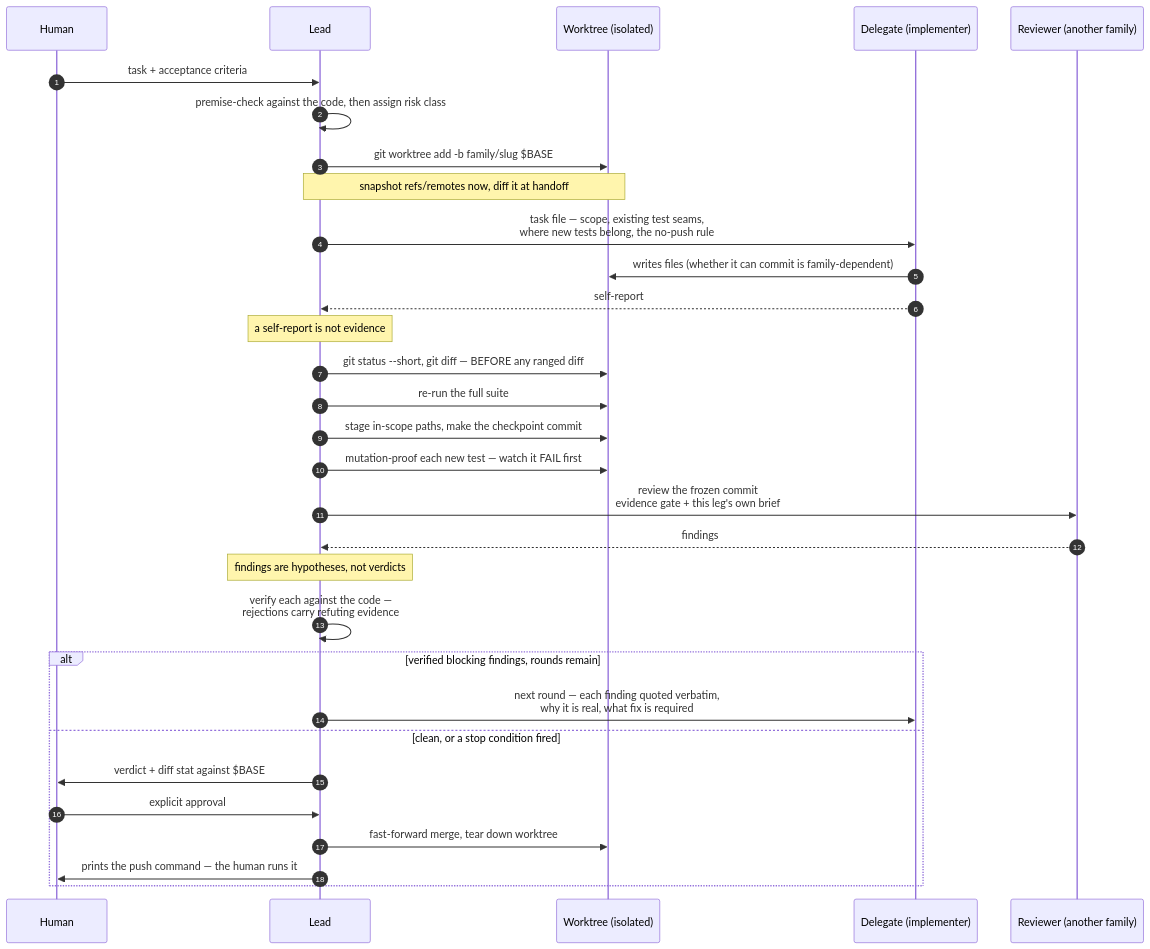
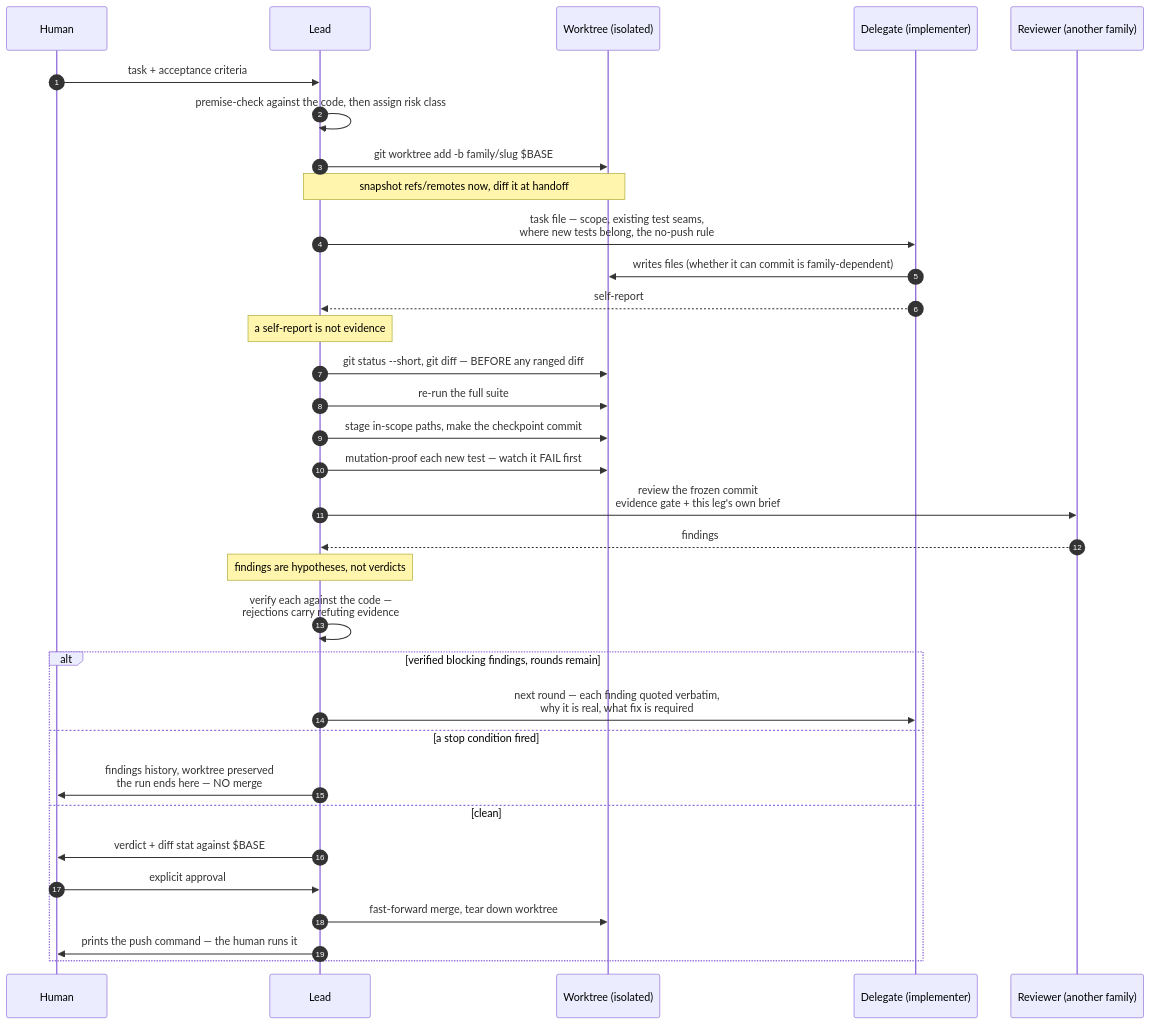
Before and after one commit to aarontzeng/dev-lead: the second of 2 diagrams in docs/workflow.md, drawn with Mermaid. The commit also changed other lines of this file and 1 other file, not shown here.

First line of the commit message:
Fix five findings from a cross-family (codex) review of workflow.md

````diff
--- a/docs/workflow.md
+++ b/docs/workflow.md
@@ -56,34 +58,36 @@
 ```mermaid
 sequenceDiagram
     autonumber
     participant U as Human
     participant L as Lead
     participant W as Worktree (isolated)
     participant D as Delegate (implementer)
     participant R as Reviewer (another family)
 
     U->>L: task + acceptance criteria
     L->>L: premise-check against the code, then assign risk class
     L->>W: git worktree add -b family/slug $BASE
     Note over L,W: snapshot refs/remotes now, diff it at handoff
     L->>D: task file — scope, existing test seams,<br/>where new tests belong, the no-push rule
     D->>W: writes files (whether it can commit is family-dependent)
     D-->>L: self-report
     Note over L: a self-report is not evidence
     L->>W: git status --short, git diff — BEFORE any ranged diff
     L->>W: re-run the full suite
     L->>W: stage in-scope paths, make the checkpoint commit
     L->>W: mutation-proof each new test — watch it FAIL first
     L->>R: review the frozen commit<br/>evidence gate + this leg's own brief
     R-->>L: findings
     Note over L: findings are hypotheses, not verdicts
     L->>L: verify each against the code —<br/>rejections carry refuting evidence
     alt verified blocking findings, rounds remain
         L->>D: next round — each finding quoted verbatim,<br/>why it is real, what fix is required
-    else clean, or a stop condition fired
+    else a stop condition fired
+        L->>U: findings history, worktree preserved<br/>the run ends here — NO merge
+    else clean
         L->>U: verdict + diff stat against $BASE
         U->>L: explicit approval
         L->>W: fast-forward merge, tear down worktree
         L->>U: prints the push command — the human runs it
     end
 ```
````
